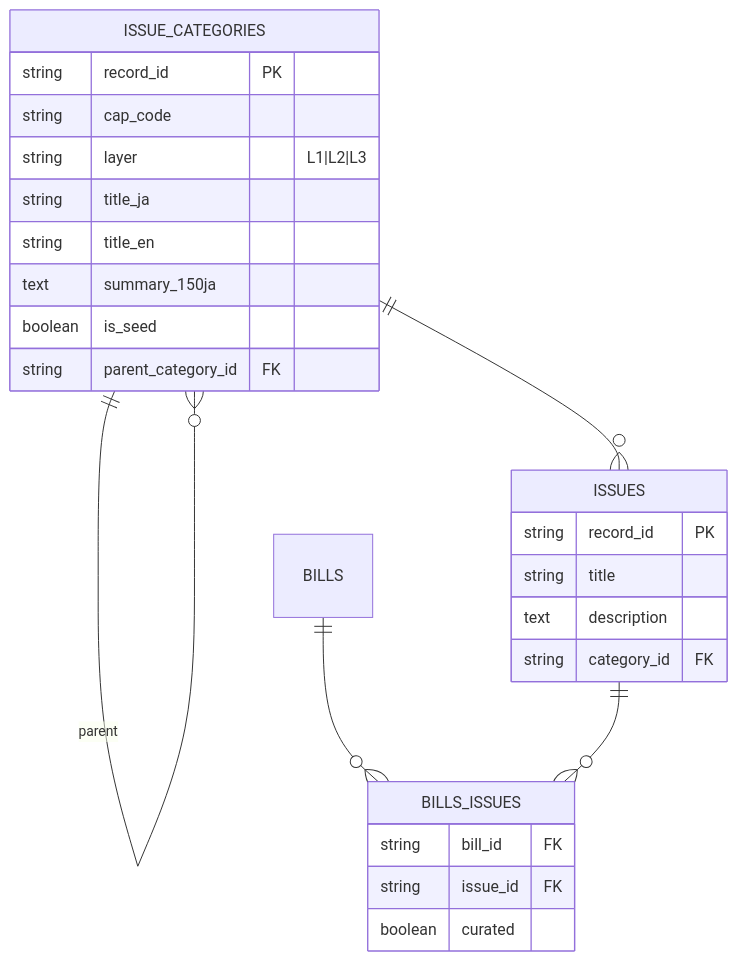
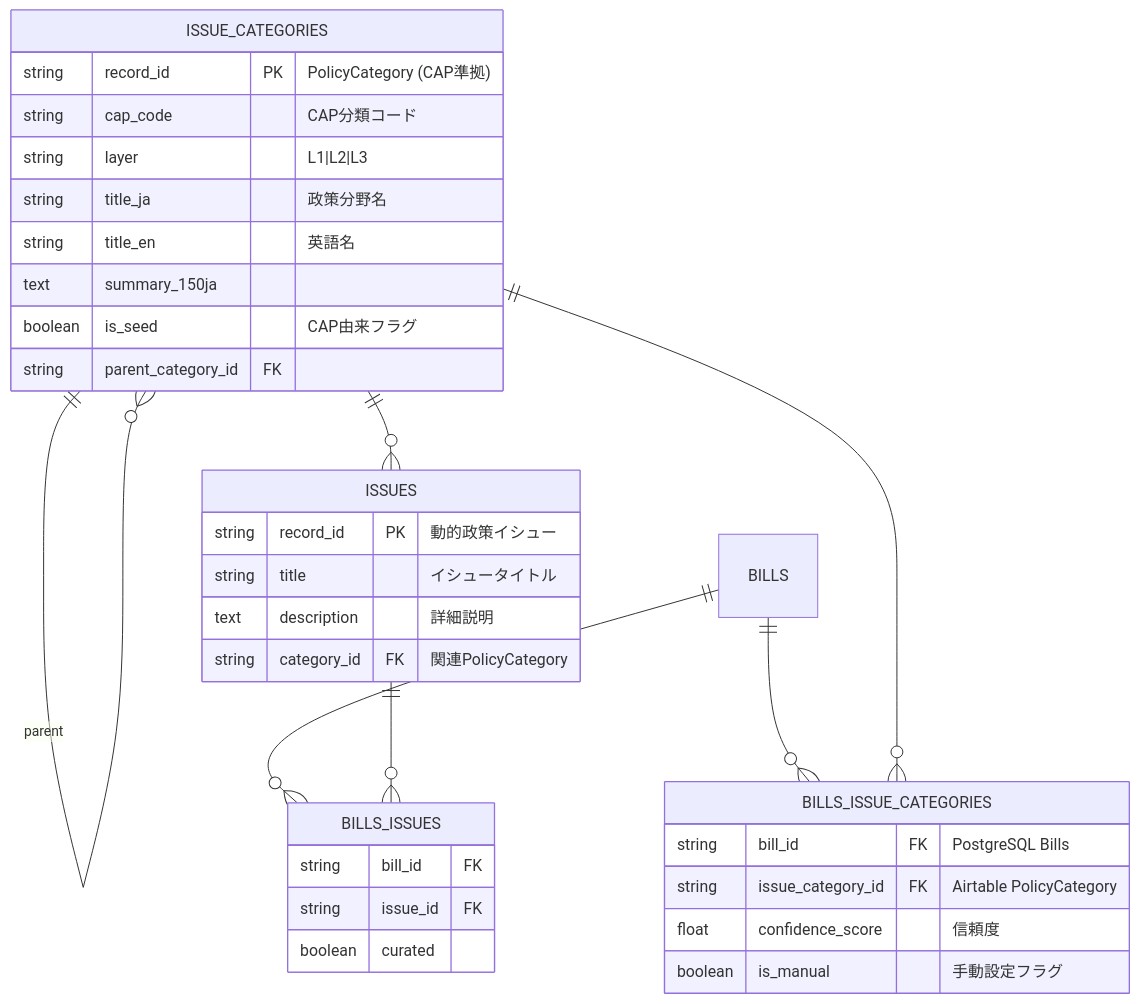
The diagram in docs/90-specialized/issue-tagging/phase0_seed.md (bxtxh/seiji-watch), drawn with Mermaid before and after one commit. The commit also changed other lines of this file and 96 other files, not shown here.

````diff
--- a/docs/90-specialized/issue-tagging/phase0_seed.md
+++ b/docs/90-specialized/issue-tagging/phase0_seed.md
@@ -12,29 +13,37 @@
 ```mermaid
 erDiagram
   ISSUE_CATEGORIES ||--o{ ISSUE_CATEGORIES : "parent"
   ISSUE_CATEGORIES ||--o{ ISSUES : ""
+  BILLS ||--o{ BILLS_ISSUE_CATEGORIES : ""
+  ISSUE_CATEGORIES ||--o{ BILLS_ISSUE_CATEGORIES : ""
   BILLS ||--o{ BILLS_ISSUES : ""
   ISSUES ||--o{ BILLS_ISSUES : ""
   
   ISSUE_CATEGORIES {
-    string record_id PK
-    string cap_code
+    string record_id PK "PolicyCategory (CAP準拠)"
+    string cap_code "CAP分類コード"
     string layer "L1|L2|L3"
-    string title_ja
-    string title_en
+    string title_ja "政策分野名"
+    string title_en "英語名"
     text summary_150ja
-    boolean is_seed
+    boolean is_seed "CAP由来フラグ"
     string parent_category_id FK
   }
   ISSUES {
-    string record_id PK
-    string title
-    text description
-    string category_id FK
+    string record_id PK "動的政策イシュー"
+    string title "イシュータイトル"
+    text description "詳細説明"
+    string category_id FK "関連PolicyCategory"
+  }
+  BILLS_ISSUE_CATEGORIES {
+    string bill_id FK "PostgreSQL Bills"
+    string issue_category_id FK "Airtable PolicyCategory"
+    float confidence_score "信頼度"
+    boolean is_manual "手動設定フラグ"
   }
   BILLS_ISSUES {
     string bill_id FK
     string issue_id FK
     boolean curated
   }
 ```
````
